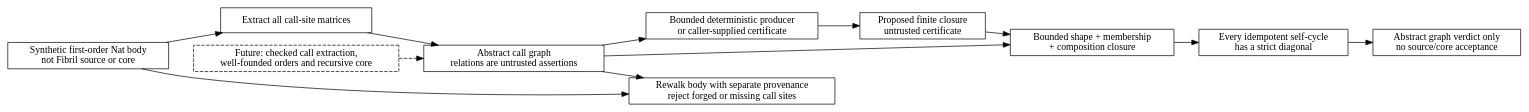
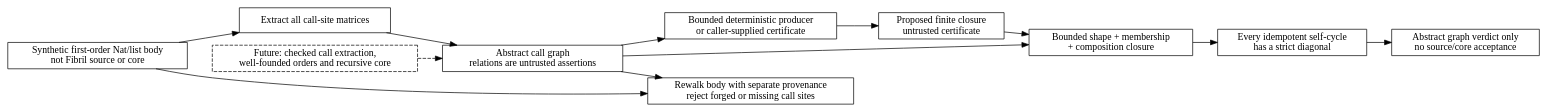
The diagram in docs/diagrams/size-change-certificates.dot (odunboye/fibril), drawn with Graphviz before and after one commit. The commit also changed 3 other files, not shown here.

Commit message:
Track typed list descent in synthetic call graphs

```diff
--- a/docs/diagrams/size-change-certificates.dot
+++ b/docs/diagrams/size-change-certificates.dot
@@ -1,22 +1,22 @@
 digraph SizeChangeCertificates {
   rankdir=LR;
   node [shape=box];
-  body [label="Synthetic first-order Nat body\nnot Fibril source or core"];
+  body [label="Synthetic first-order Nat/list body\nnot Fibril source or core"];
   extraction [label="Extract all call-site matrices"];
   crosscheck [label="Rewalk body with separate provenance\nreject forged or missing call sites"];
   callGraph [label="Abstract call graph\nrelations are untrusted assertions"];
   producer [label="Bounded deterministic producer\nor caller-supplied certificate"];
   cert [label="Proposed finite closure\nuntrusted certificate"];
   admission [label="Bounded shape + membership\n+ composition closure"];
   cycle [label="Every idempotent self-cycle\nhas a strict diagonal"];
   result [label="Abstract graph verdict only\nno source/core acceptance"];
   future [label="Future: checked call extraction,\nwell-founded orders and recursive core", style=dashed];
   body -> extraction -> callGraph;
   body -> crosscheck;
   callGraph -> crosscheck;
   callGraph -> producer -> cert;
   callGraph -> admission;
   cert -> admission;
   admission -> cycle -> result;
   future -> callGraph [style=dashed];
 }
```
